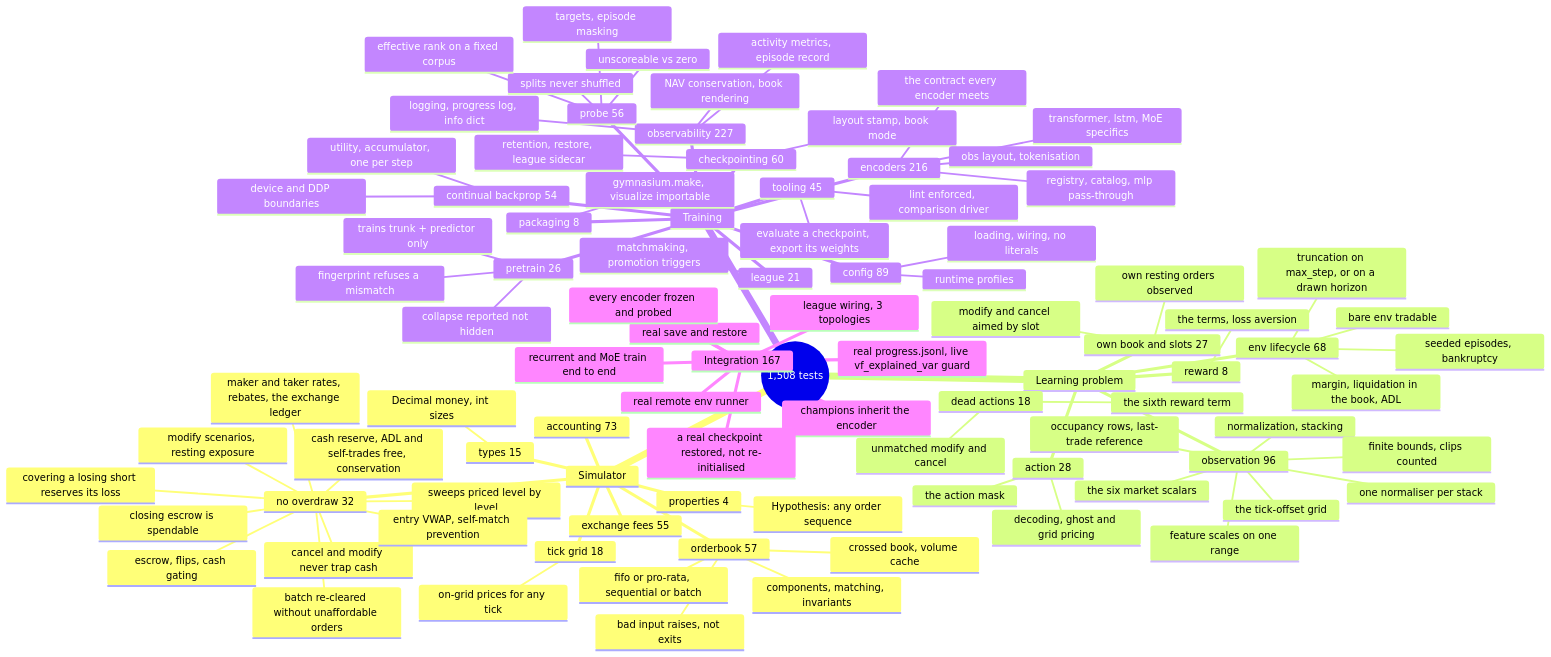
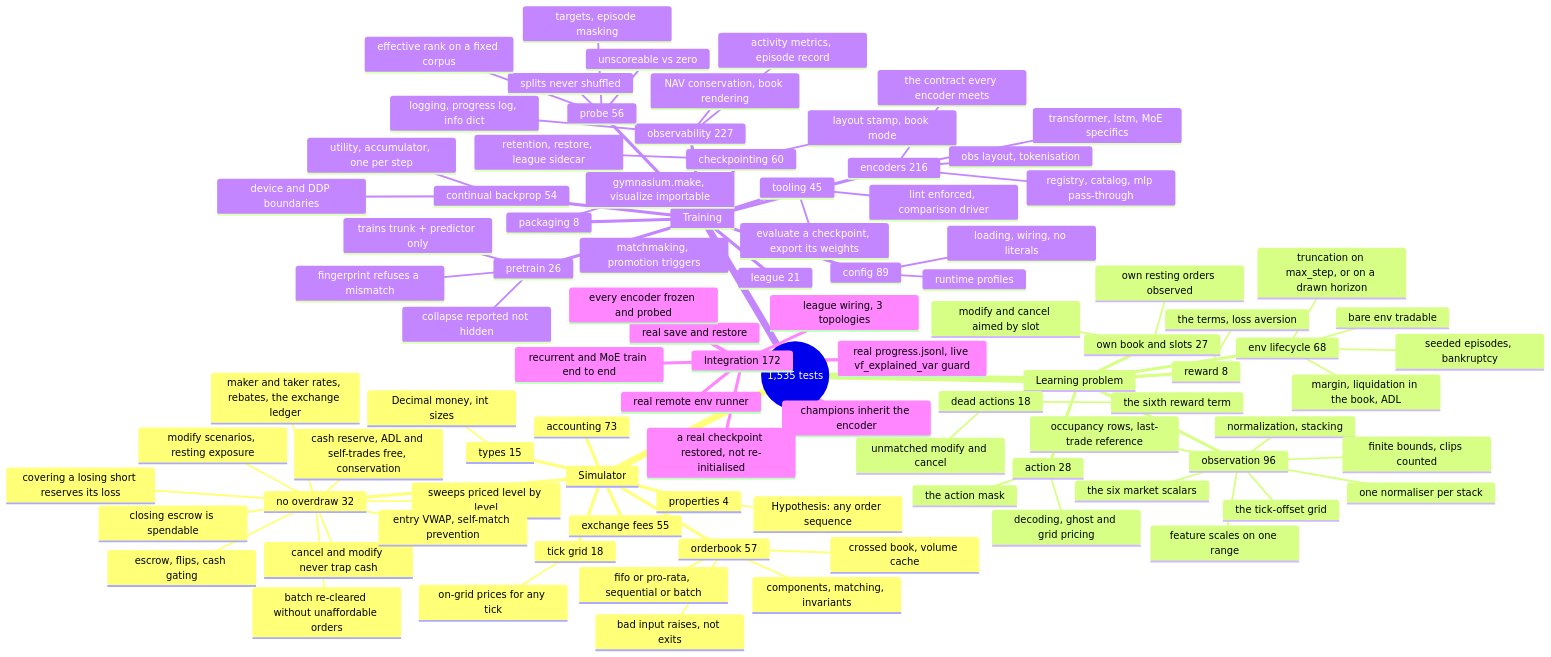
One commit to ChuaCheowHuan/gym-continuousDoubleAuction changed the diagram in doc/10_testing.md. Above: the diagram before and after it, drawn with Mermaid. The commit also changed other lines of this file and 9 other files, not shown here.

````diff
--- a/doc/10_testing.md
+++ b/doc/10_testing.md
@@ -146,6 +147,6 @@
 ```mermaid
 mindmap
-  root((1,508 tests))
+  root((1,535 tests))
     Simulator
       orderbook 57
         components, matching, invariants
@@ -231,7 +232,7 @@
         device and DDP boundaries
       packaging 8
         gymnasium.make, visualize importable
-    Integration 167
+    Integration 172
       league wiring, 3 topologies
       real save and restore
       real progress.jsonl, live vf_explained_var guard
````
